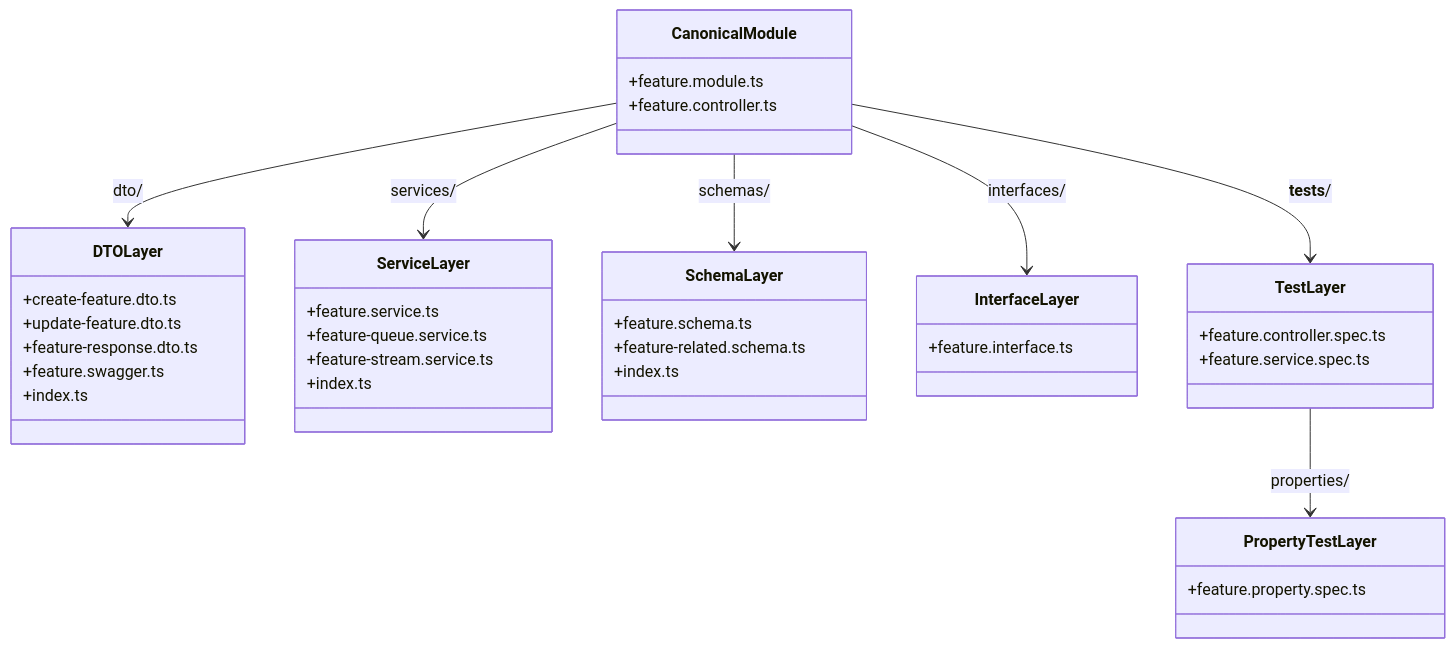
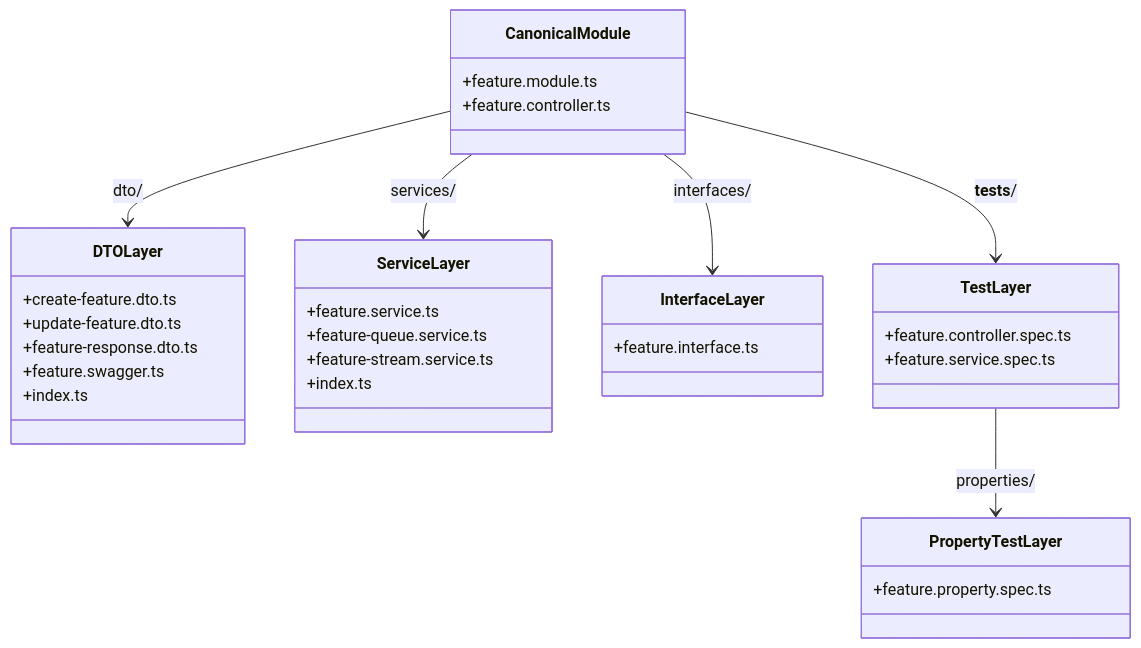
Before and after one commit to shettydev/mukti: the fourth of 12 diagrams in docs/rfcs/active/rfc-0006-mukti-api-architecture-restructure/index.md, drawn with Mermaid. The commit also changed other lines of this file, not shown here.

First line of the commit message:
docs(rfc): update api architecture restructure with schema grouping

````diff
--- a/docs/rfcs/active/rfc-0006-mukti-api-architecture-restructure/index.md
+++ b/docs/rfcs/active/rfc-0006-mukti-api-architecture-restructure/index.md
@@ -246,48 +276,41 @@
 ```mermaid
 classDiagram
     class CanonicalModule {
         +feature.module.ts
         +feature.controller.ts
     }
 
     class DTOLayer {
         +create-feature.dto.ts
         +update-feature.dto.ts
         +feature-response.dto.ts
         +feature.swagger.ts
         +index.ts
     }
 
     class ServiceLayer {
         +feature.service.ts
         +feature-queue.service.ts
         +feature-stream.service.ts
         +index.ts
     }
 
-    class SchemaLayer {
-        +feature.schema.ts
-        +feature-related.schema.ts
-        +index.ts
-    }
-
     class InterfaceLayer {
         +feature.interface.ts
     }
 
     class TestLayer {
         +feature.controller.spec.ts
         +feature.service.spec.ts
     }
 
     class PropertyTestLayer {
         +feature.property.spec.ts
     }
 
     CanonicalModule --> DTOLayer : dto/
     CanonicalModule --> ServiceLayer : services/
-    CanonicalModule --> SchemaLayer : schemas/
     CanonicalModule --> InterfaceLayer : interfaces/
     CanonicalModule --> TestLayer : __tests__/
     TestLayer --> PropertyTestLayer : properties/
 ```
````
